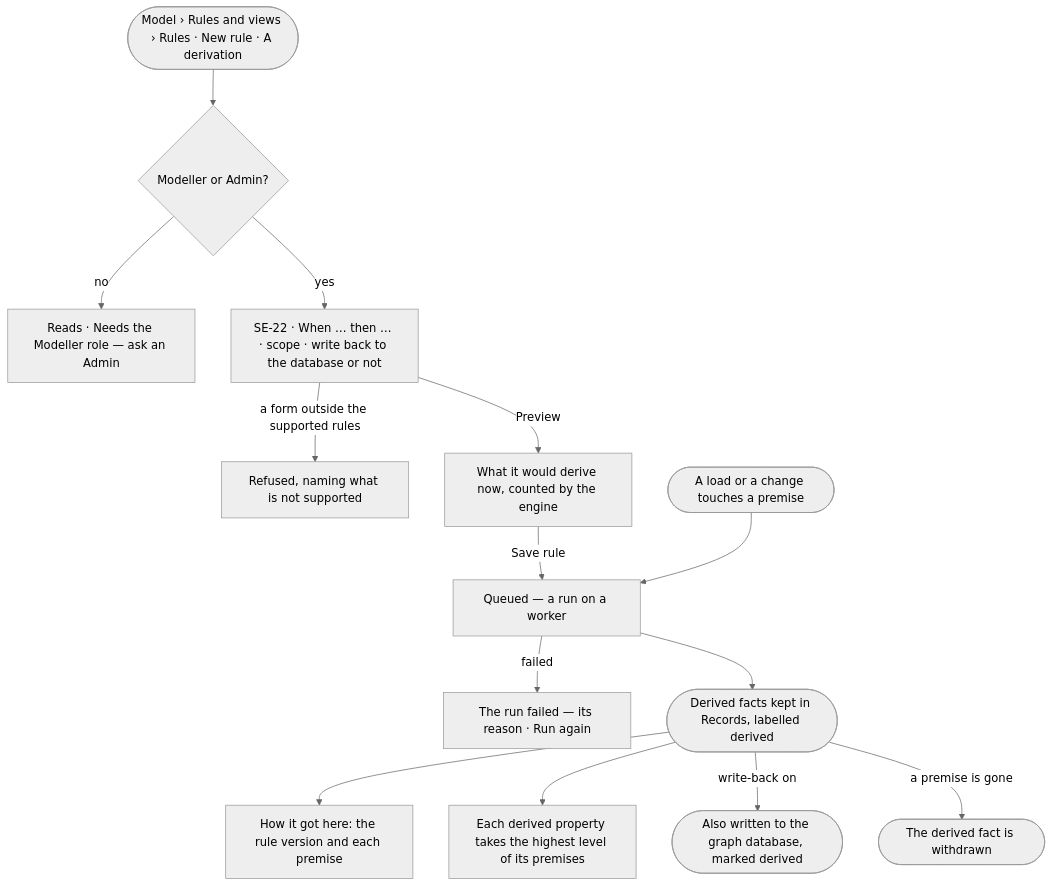
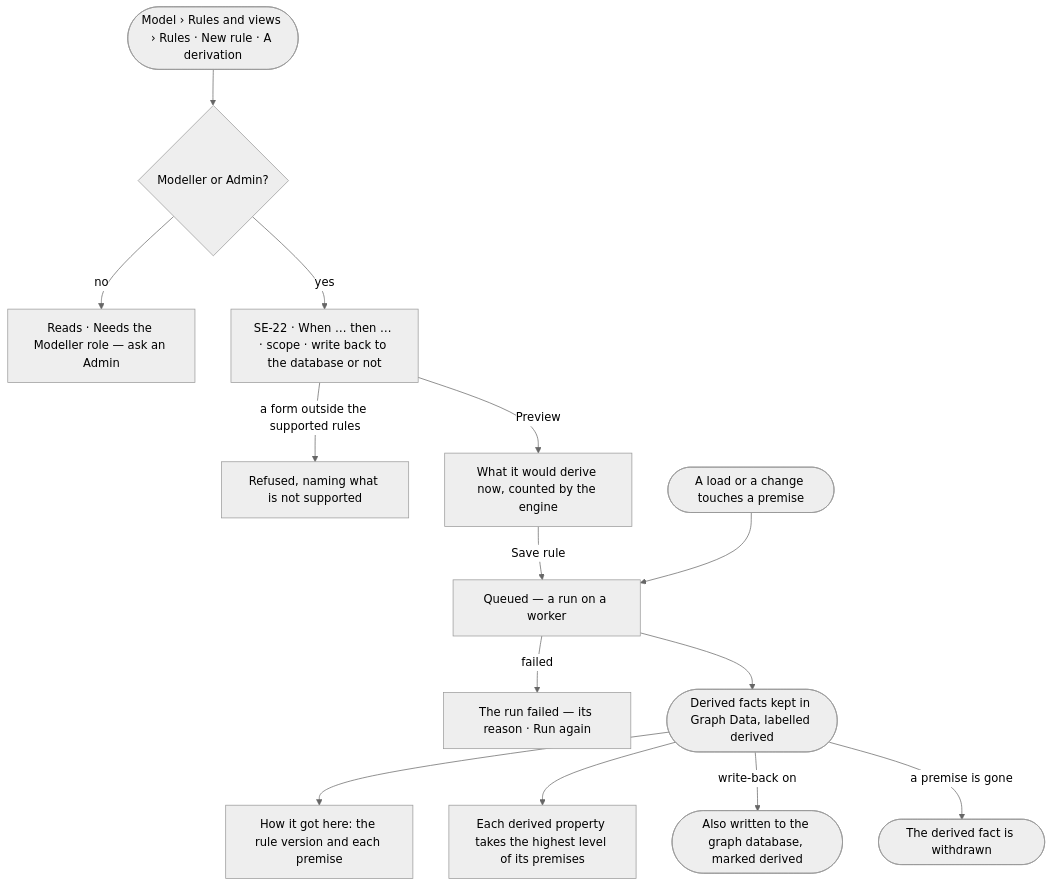
One commit to invana/invana changed the first of 2 diagrams in specs/capabilities/semantics/features/SE-F08-inference/feature.md. Above: the diagram before and after it, drawn with Mermaid (neutral theme). The commit also changed 133 other files, not shown here.

````diff
--- a/specs/capabilities/semantics/features/SE-F08-inference/feature.md
+++ b/specs/capabilities/semantics/features/SE-F08-inference/feature.md
@@ -22,16 +22,16 @@
 ```mermaid
 flowchart TD
   start([Model › Rules and views › Rules · New rule · A derivation]) --> may{Modeller or Admin?}
   may -->|no| na["Reads · Needs the Modeller role — ask an Admin"]
   may -->|yes| d["SE-22 · When … then … · scope · write back to the database or not"]
   d -->|a form outside the supported rules| bad["Refused, naming what is not supported"]
   d -->|Preview| pv["What it would derive now, counted by the engine"]
   pv -->|Save rule| q["Queued — a run on a worker"]
   q -->|failed| ff["The run failed — its reason · Run again"]
-  q --> r(["Derived facts kept in Records, labelled derived"])
+  q --> r(["Derived facts kept in Graph Data, labelled derived"])
   r --> h["How it got here: the rule version and each premise"]
   r --> lv["Each derived property takes the highest level of its premises"]
   r -->|write-back on| wb(["Also written to the graph database, marked derived"])
   ch([A load or a change touches a premise]) --> q
   r -->|a premise is gone| rm(["The derived fact is withdrawn"])
 ```
````
